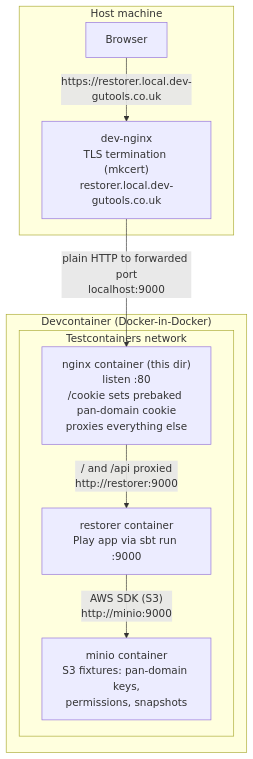
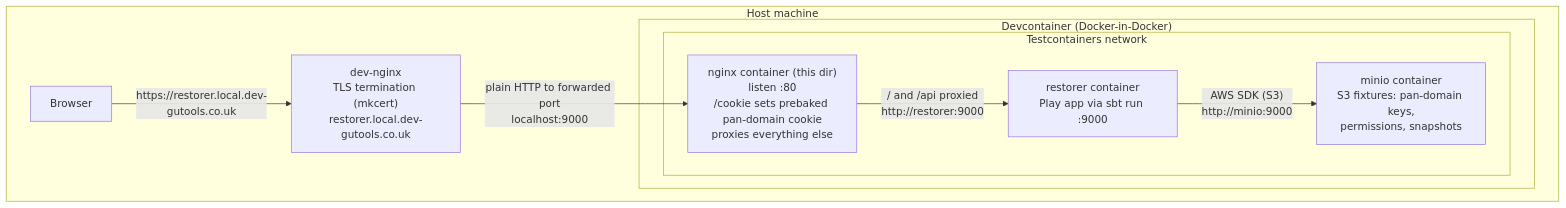
Before and after one commit to guardian/flexible-restorer: the diagram in e2e-tests/images/README.md, drawn with Mermaid. The commit also changed 7 other files, not shown here.

````diff
--- a/e2e-tests/images/README.md
+++ b/e2e-tests/images/README.md
@@ -9,20 +9,20 @@
 ```mermaid
 flowchart TB
     subgraph host["Host machine"]
         browser["Browser"]
         devnginx["dev-nginx\nTLS termination (mkcert)\nrestorer.local.dev-gutools.co.uk"]
-    end
 
-    subgraph devcontainer["Devcontainer (Docker-in-Docker)"]
-        subgraph stack["Testcontainers network"]
-            nginx["nginx container (this dir)\nlisten :80\n/cookie sets prebaked pan-domain cookie\nproxies everything else"]
-            restorer["restorer container\nPlay app via sbt run :9000"]
-            minio["minio container\nS3 fixtures: pan-domain keys,\npermissions, snapshots"]
+        subgraph devcontainer["Devcontainer (Docker-in-Docker)"]
+            subgraph stack["Testcontainers network"]
+                nginx["nginx container (this dir)\nlisten :80\n/cookie sets prebaked pan-domain cookie\nproxies everything else"]
+                restorer["restorer container\nPlay app via sbt run :9000"]
+                minio["minio container\nS3 fixtures: pan-domain keys,\npermissions, snapshots"]
+            end
         end
     end
 
     browser -->|"https://restorer.local.dev-gutools.co.uk"| devnginx
     devnginx -->|"plain HTTP to forwarded port\nlocalhost:9000"| nginx
     nginx -->|"/ and /api proxied\nhttp://restorer:9000"| restorer
     restorer -->|"AWS SDK (S3)\nhttp://minio:9000"| minio
 ```
````
